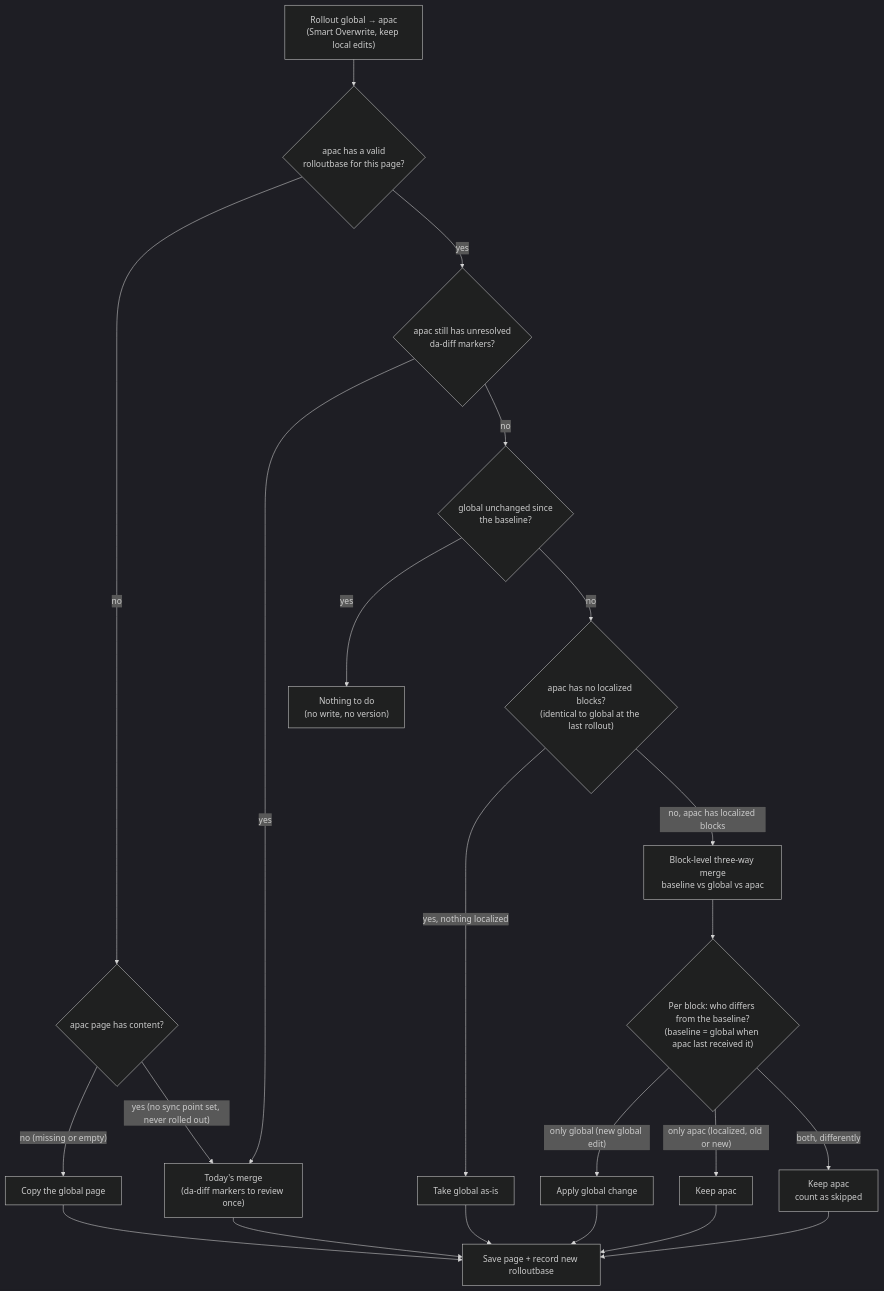
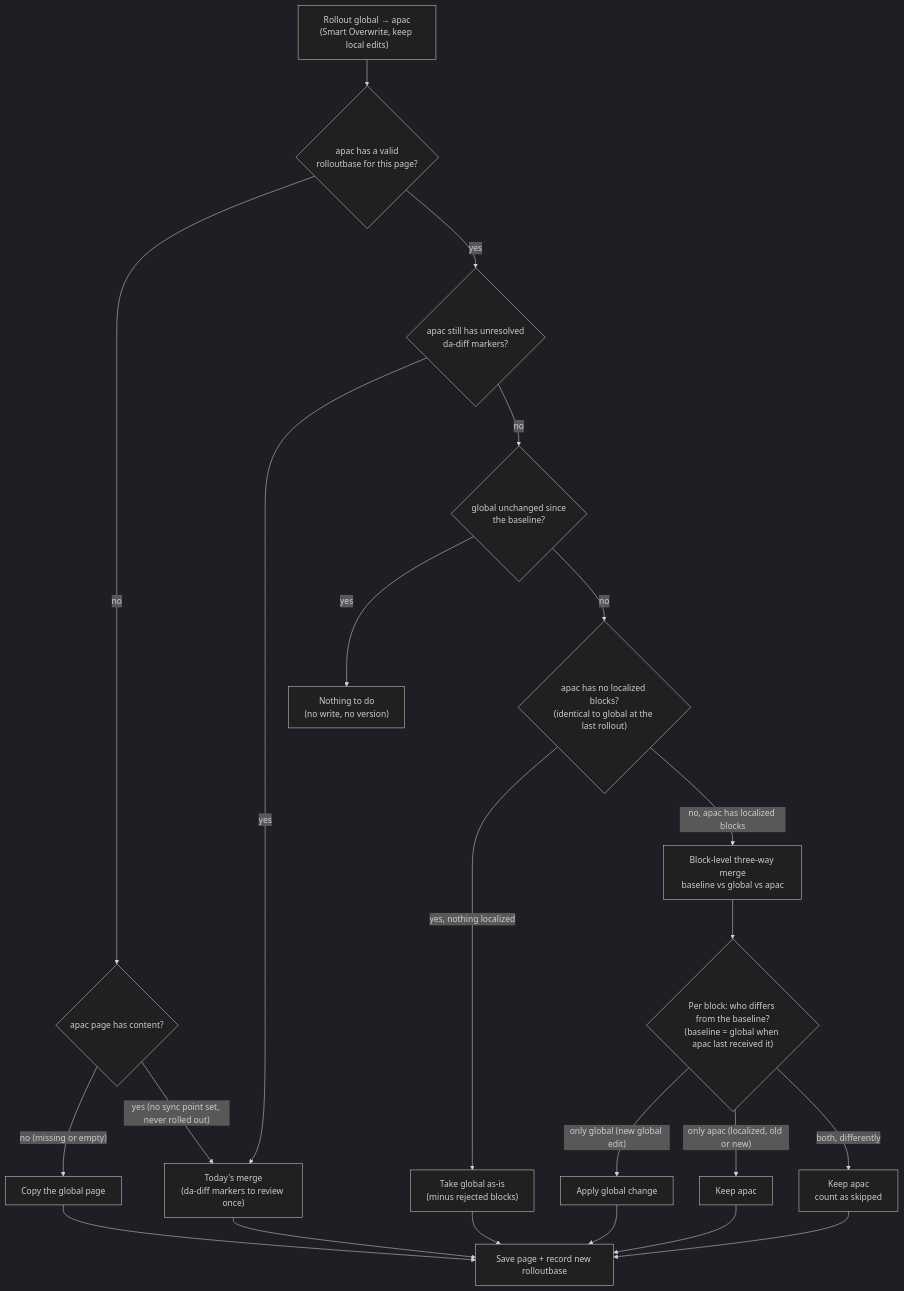
The diagram in docs/rollout-smart-overwrite.md (adobe/da-nx), drawn with Mermaid (dark theme) before and after one commit. The commit also changed other lines of this file and 7 other files, not shown here.

````diff
--- a/docs/rollout-smart-overwrite.md
+++ b/docs/rollout-smart-overwrite.md
@@ -26,24 +26,24 @@
 ```mermaid
 flowchart TD
   start["Rollout global → apac<br/>(Smart Overwrite, keep local edits)"] --> base{"apac has a valid<br/>rolloutbase for this page?"}
   base -- "no" --> exists{"apac page has content?"}
   exists -- "no (missing or empty)" --> copy["Copy the global page"]
   exists -- "yes (no sync point set, never rolled out)" --> merge["Today's merge<br/>(da-diff markers to review once)"]
   base -- "yes" --> pending{"apac still has unresolved<br/>da-diff markers?"}
   pending -- "yes" --> merge
   pending -- "no" --> same{"global unchanged since<br/>the baseline?"}
   same -- "yes" --> nothing["Nothing to do<br/>(no write, no version)"]
   same -- "no" --> unchanged{"apac has no localized blocks?<br/>(identical to global at the last rollout)"}
-  unchanged -- "yes, nothing localized" --> take["Take global as-is"]
+  unchanged -- "yes, nothing localized" --> take["Take global as-is<br/>(minus rejected blocks)"]
   unchanged -- "no, apac has localized blocks" --> diff3["Block-level three-way merge<br/>baseline vs global vs apac"]
   diff3 --> who{"Per block: who differs from the baseline?<br/>(baseline = global when apac last received it)"}
   who -- "only global (new global edit)" --> apply["Apply global change"]
   who -- "only apac (localized, old or new)" --> keep["Keep apac"]
   who -- "both, differently" --> skip["Keep apac<br/>count as skipped"]
   copy --> save["Save page + record new rolloutbase"]
   merge --> save
   take --> save
   apply --> save
   keep --> save
   skip --> save
 ```
````
